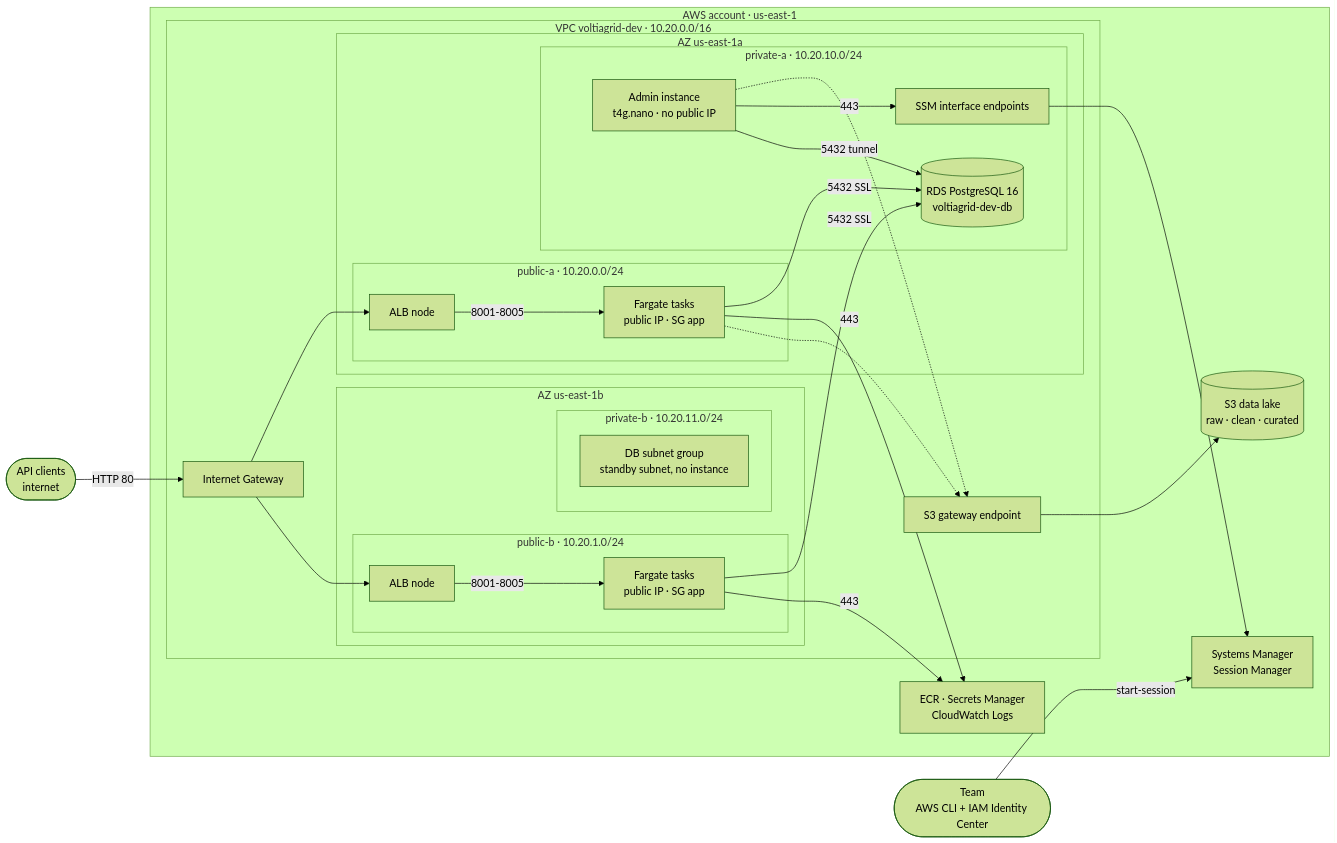
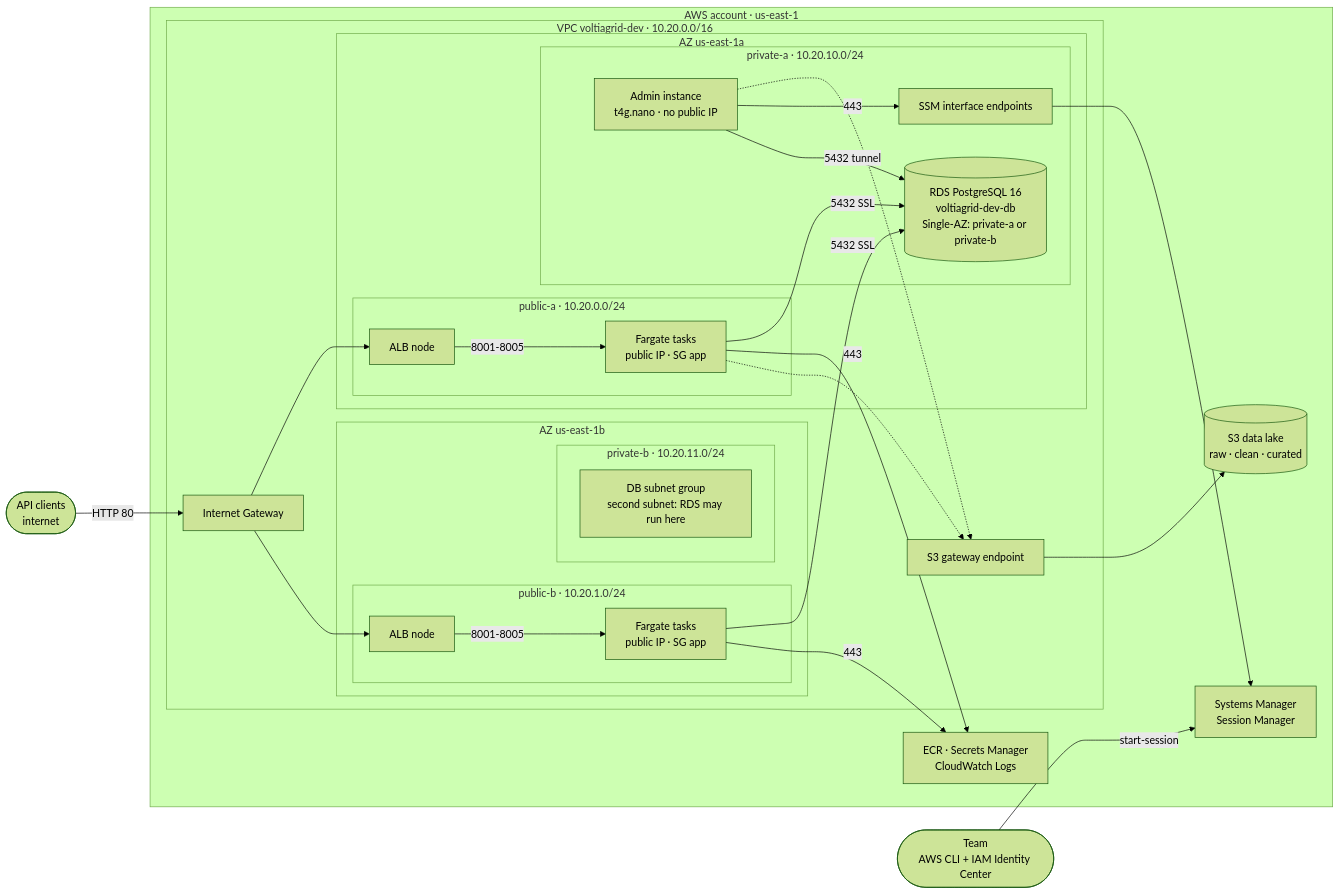
Before and after one commit to VoltiaGrid-Medicion-Inteligente/voltiagrid-docs: the diagram in docs/infrastructure/network-diagram.md, drawn with Mermaid (forest theme). The commit also changed other lines of this file and 2 other files, not shown here.

Commit message:
KAN-221 docs(infra): review of diagram, inventory and IAM against AWS

````diff
--- a/docs/infrastructure/network-diagram.md
+++ b/docs/infrastructure/network-diagram.md
@@ -11,51 +11,51 @@
 ```mermaid
 flowchart LR
   USERS(["API clients<br/>internet"])
   TEAM(["Team<br/>AWS CLI + IAM Identity Center"])
 
   subgraph AWS["AWS account · us-east-1"]
     subgraph VPC["VPC voltiagrid-dev · 10.20.0.0/16"]
       IGW["Internet Gateway"]
       subgraph AZA["AZ us-east-1a"]
         subgraph PUBA["public-a · 10.20.0.0/24"]
           ALBA["ALB node"]
           TASKSA["Fargate tasks<br/>public IP · SG app"]
         end
         subgraph PRIVA["private-a · 10.20.10.0/24"]
-          RDS[("RDS PostgreSQL 16<br/>voltiagrid-dev-db")]
+          RDS[("RDS PostgreSQL 16<br/>voltiagrid-dev-db<br/>Single-AZ: private-a or private-b")]
           EC2["Admin instance<br/>t4g.nano · no public IP"]
           SSMEP["SSM interface endpoints"]
         end
       end
       subgraph AZB["AZ us-east-1b"]
         subgraph PUBB["public-b · 10.20.1.0/24"]
           ALBB["ALB node"]
           TASKSB["Fargate tasks<br/>public IP · SG app"]
         end
         subgraph PRIVB["private-b · 10.20.11.0/24"]
-          RDSB["DB subnet group<br/>standby subnet, no instance"]
+          RDSB["DB subnet group<br/>second subnet: RDS may run here"]
         end
       end
       S3EP["S3 gateway endpoint"]
     end
     S3[("S3 data lake<br/>raw · clean · curated")]
     SVC["ECR · Secrets Manager<br/>CloudWatch Logs"]
     SSM["Systems Manager<br/>Session Manager"]
   end
 
   USERS -->|"HTTP 80"| IGW
   IGW --> ALBA
   IGW --> ALBB
   ALBA -->|"8001-8005"| TASKSA
   ALBB -->|"8001-8005"| TASKSB
   TASKSA -->|"5432 SSL"| RDS
   TASKSB -->|"5432 SSL"| RDS
   TASKSA -->|"443"| SVC
   TASKSB -->|"443"| SVC
   TASKSA -.-> S3EP
   EC2 -.-> S3EP
   S3EP --> S3
   EC2 -->|"443"| SSMEP --> SSM
   EC2 -->|"5432 tunnel"| RDS
   TEAM -->|"start-session"| SSM
 ```
````
